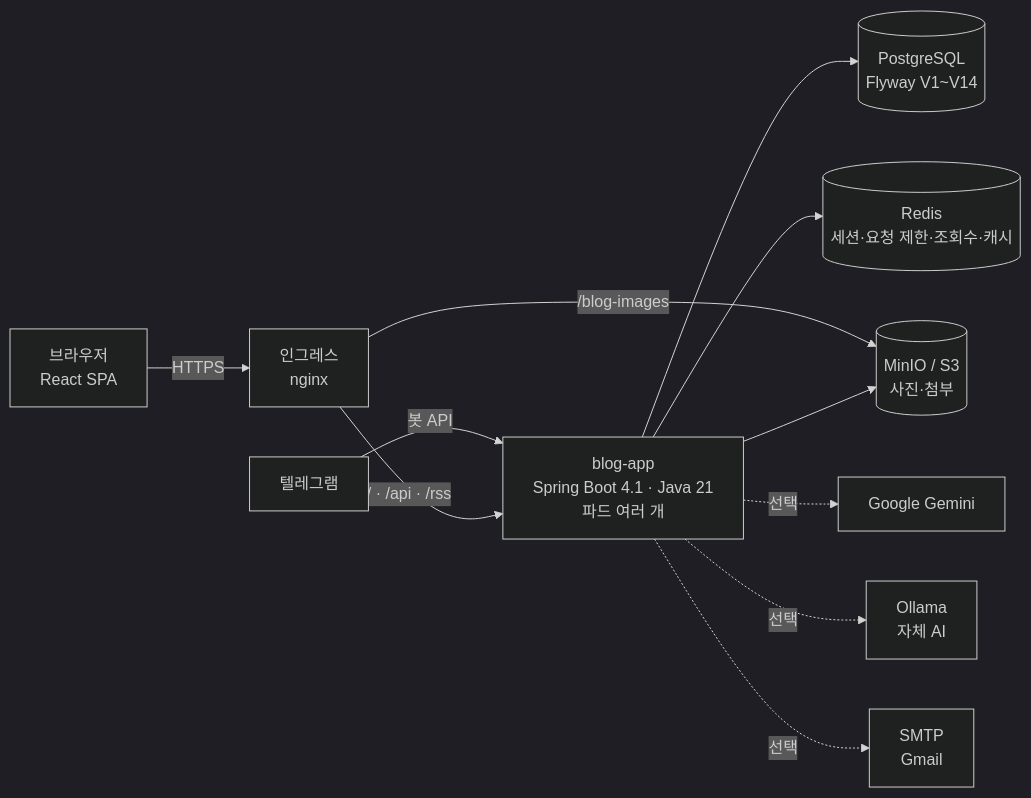
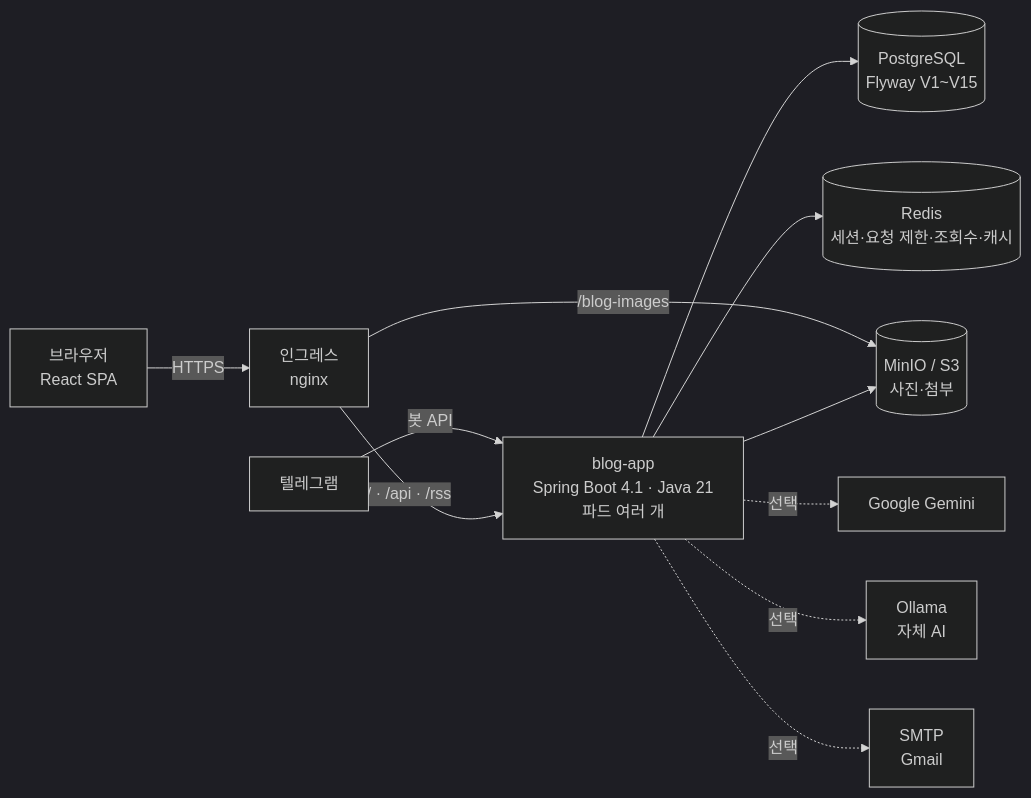
One commit to AIGJ-01-002-blog/.github changed the first of 3 diagrams in profile/README.md. Above: the diagram before and after it, drawn with Mermaid (dark theme). The commit also changed other lines of this file, not shown here.

````diff
--- a/profile/README.md
+++ b/profile/README.md
@@ -145,13 +145,13 @@
 ```mermaid
 flowchart LR
     B[브라우저<br/>React SPA] -->|HTTPS| I[인그레스<br/>nginx]
     T[텔레그램] -->|봇 API| A
     I -->|/ · /api · /rss| A[blog-app<br/>Spring Boot 4.1 · Java 21<br/>파드 여러 개]
     I -->|/blog-images| M[(MinIO / S3<br/>사진·첨부)]
-    A --> P[(PostgreSQL<br/>Flyway V1~V14)]
+    A --> P[(PostgreSQL<br/>Flyway V1~V15)]
     A --> R[(Redis<br/>세션·요청 제한·조회수·캐시)]
     A --> M
     A -.선택.-> G[Google Gemini]
     A -.선택.-> O[Ollama<br/>자체 AI]
     A -.선택.-> S[SMTP<br/>Gmail]
 ```
````
